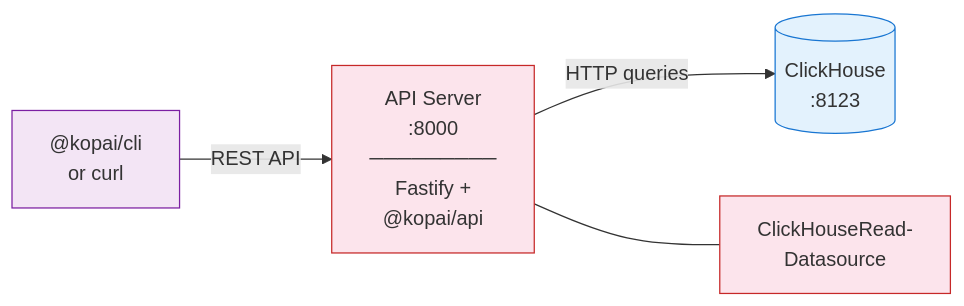
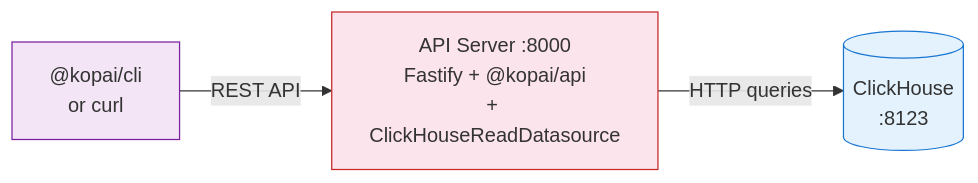
Before and after one commit to kopai-app/kopai-mono: the second of 3 diagrams in packages/clickhouse-datasource/examples/clickhouse-observability-backend/README.md, drawn with Mermaid. The commit also changed other lines of this file, not shown here.

Commit message:
fix(ch): mermaid diagrams

````diff
--- a/packages/clickhouse-datasource/examples/clickhouse-observability-backend/README.md
+++ b/packages/clickhouse-datasource/examples/clickhouse-observability-backend/README.md
@@ -21,11 +21,9 @@
 ```mermaid
 flowchart LR
-    D["@kopai/cli\nor curl"] -->|"REST API"| E["API Server\n:8000\n─────────\nFastify +\n@kopai/api"]
-    E -->|"HTTP queries"| F[("ClickHouse\n:8123")]
-    E --- G["ClickHouseRead-\nDatasource"]
+    D["@kopai/cli<br/>or curl"] -->|REST API| E["API Server :8000<br/>Fastify + @kopai/api<br/>+ ClickHouseReadDatasource"]
+    E -->|HTTP queries| F[("ClickHouse<br/>:8123")]
 
     style D fill:#f3e5f5,stroke:#7b1fa2
     style E fill:#fce4ec,stroke:#c62828
     style F fill:#e3f2fd,stroke:#1976d2
-    style G fill:#fce4ec,stroke:#c62828
 ```
````
